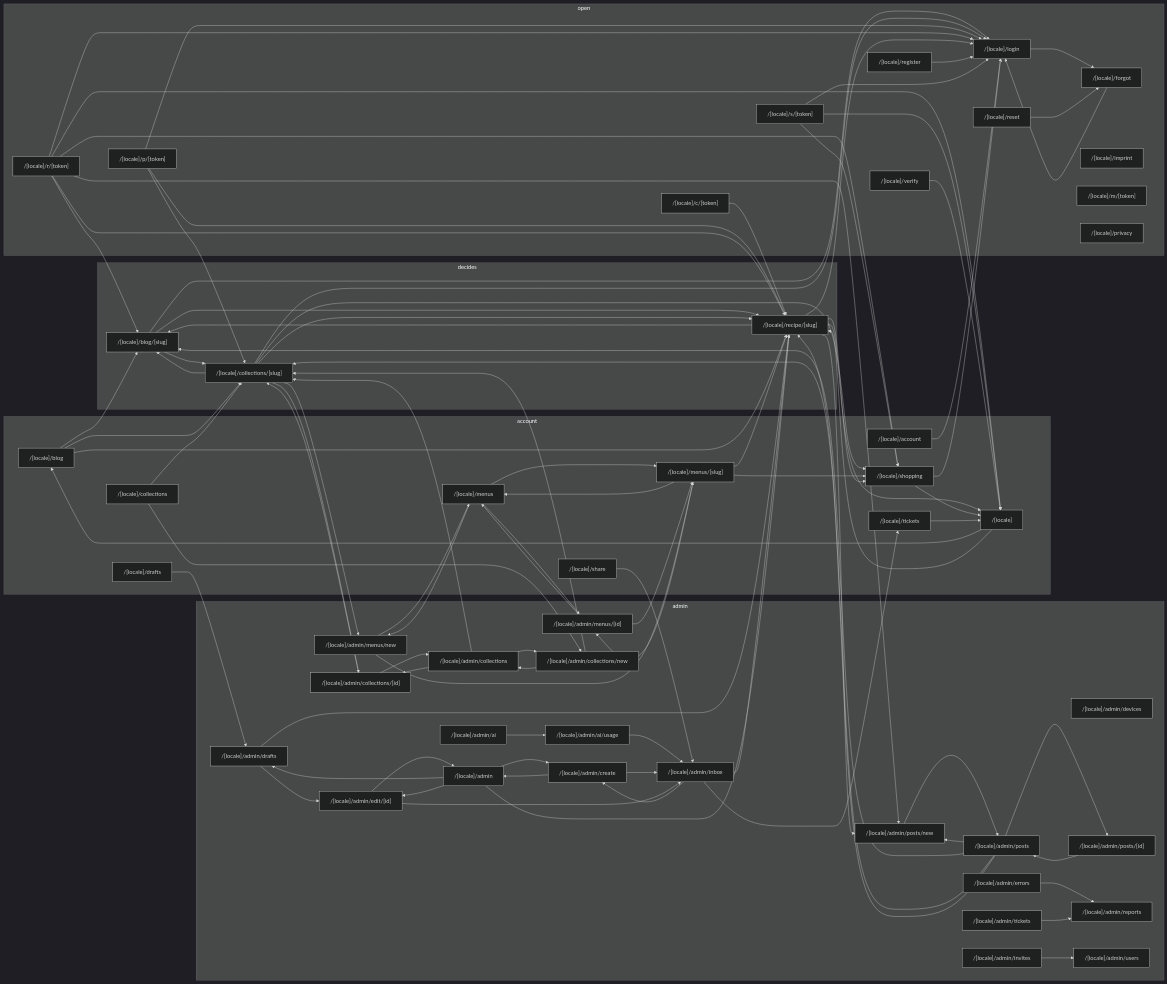
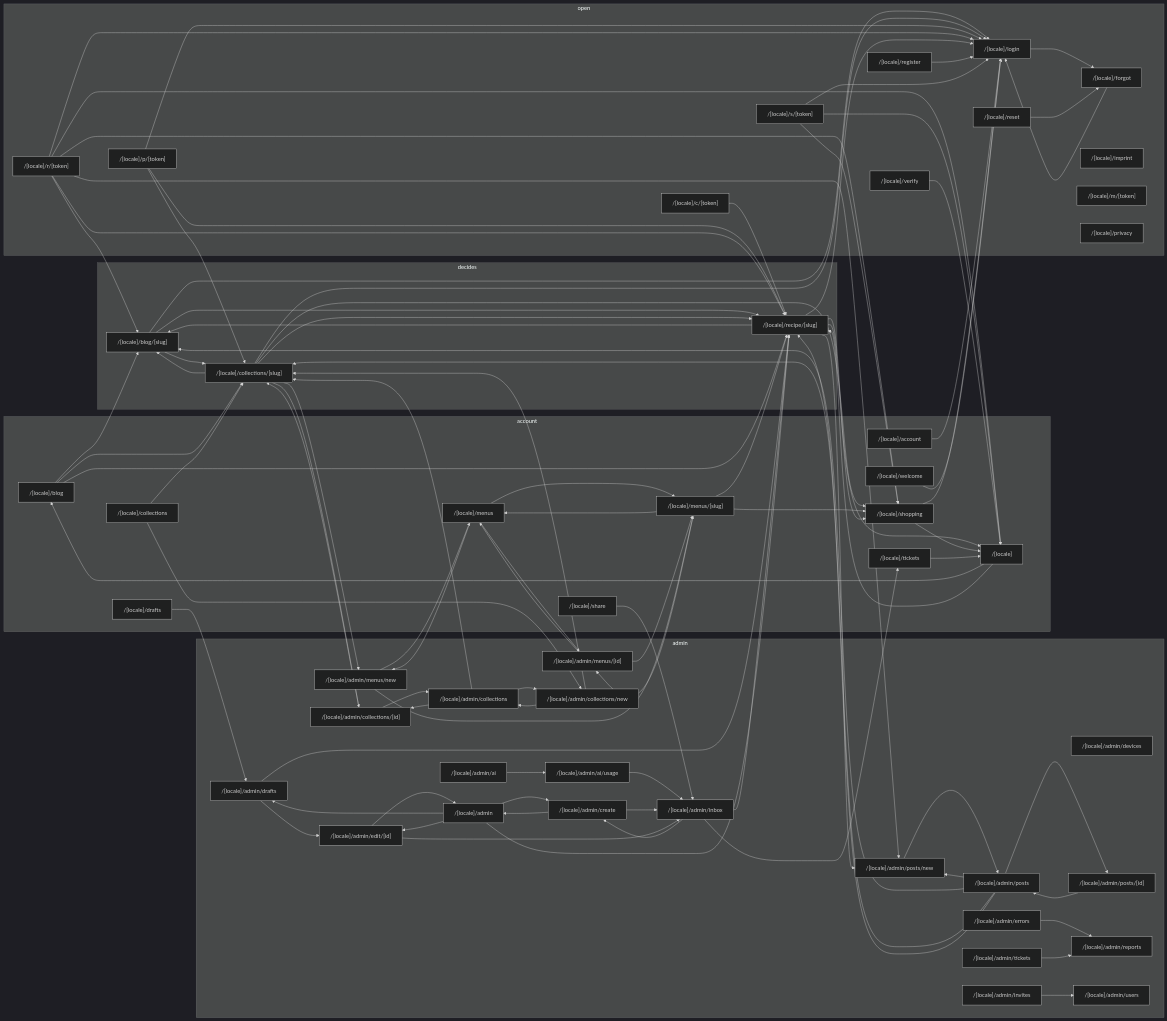
The first of 2 diagrams in docs/interaction-map.generated.md (morischumacher/moscookbook), drawn with Mermaid (dark theme) before and after one commit. The commit also changed other lines of this file and 24 other files, not shown here.

````diff
--- a/docs/interaction-map.generated.md
+++ b/docs/interaction-map.generated.md
@@ -229,6 +233,7 @@
     n__locale__share["/[locale]/share"]
     n__locale__shopping["/[locale]/shopping"]
     n__locale__tickets["/[locale]/tickets"]
+    n__locale__welcome["/[locale]/welcome"]
   end
   subgraph admin
     n__locale__admin_ai["/[locale]/admin/ai"]
@@ -360,4 +365,5 @@
   n__locale__shopping --> n__locale__login
   n__locale__tickets --> n__locale_
   n__locale__verify --> n__locale_
+  n__locale__welcome --> n__locale__login
 ```
````
